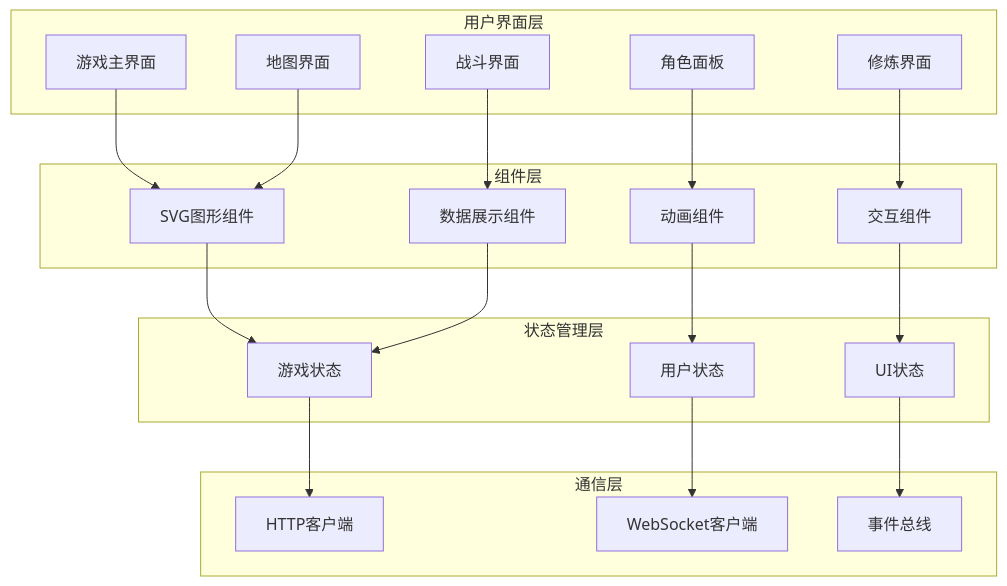
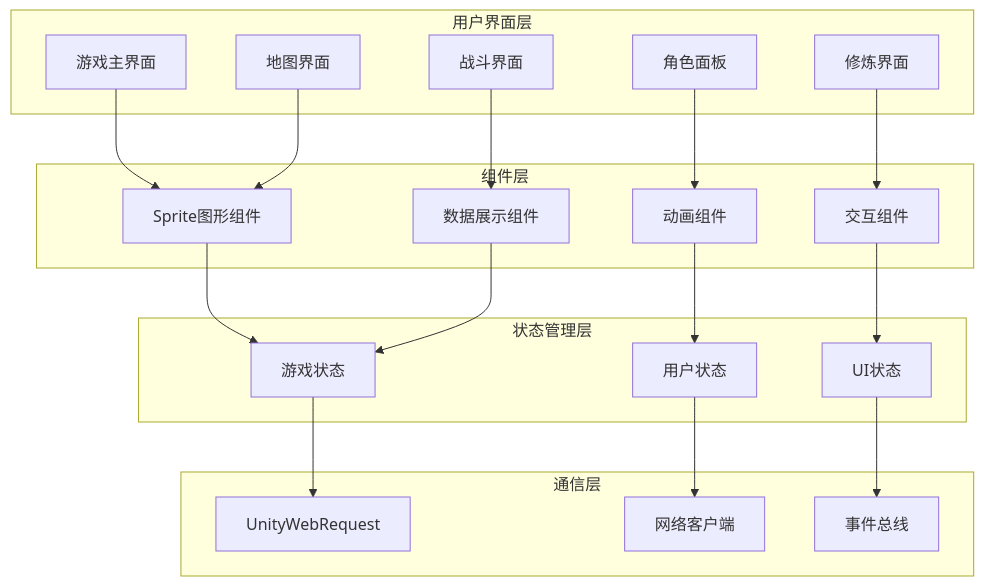
One commit to yingsiqi/Immortality changed the first of 2 diagrams in doc/guides/technical/alpha-tech-stack.md. Above: the diagram before and after it, drawn with Mermaid. The commit also changed other lines of this file and 25 other files, not shown here.

````diff
--- a/doc/guides/technical/alpha-tech-stack.md
+++ b/doc/guides/technical/alpha-tech-stack.md
@@ -90,44 +90,44 @@
 ```mermaid
 flowchart TB
     subgraph "用户界面层"
         A[游戏主界面]
         B[角色面板]
         C[修炼界面]
         D[战斗界面]
         E[地图界面]
     end
     
     subgraph "组件层"
-        F[SVG图形组件]
+        F[Sprite图形组件]
         G[动画组件]
         H[交互组件]
         I[数据展示组件]
     end
     
     subgraph "状态管理层"
         J[游戏状态]
         K[用户状态]
         L[UI状态]
     end
     
     subgraph "通信层"
-        M[HTTP客户端]
-        N[WebSocket客户端]
+        M[UnityWebRequest]
+        N[网络客户端]
         O[事件总线]
     end
     
     A --> F
     B --> G
     C --> H
     D --> I
     E --> F
     
     F --> J
     G --> K
     H --> L
     I --> J
     
     J --> M
     K --> N
     L --> O
 ```
````
